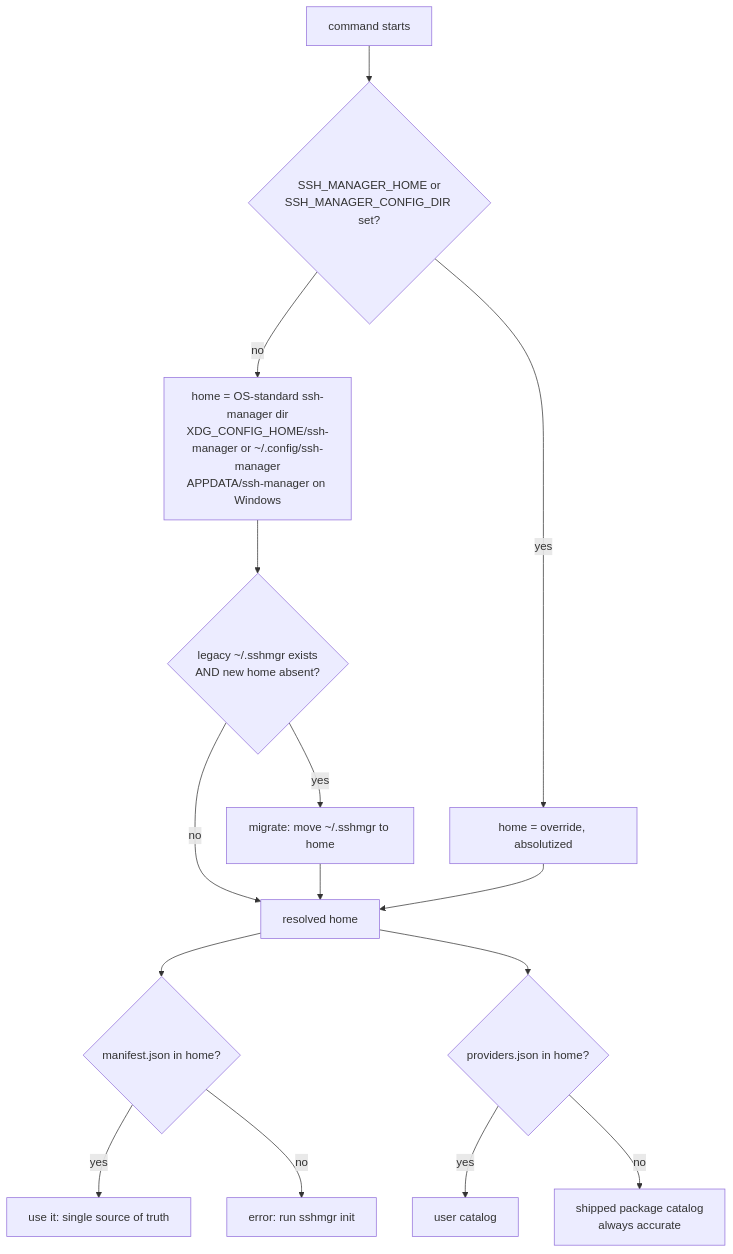
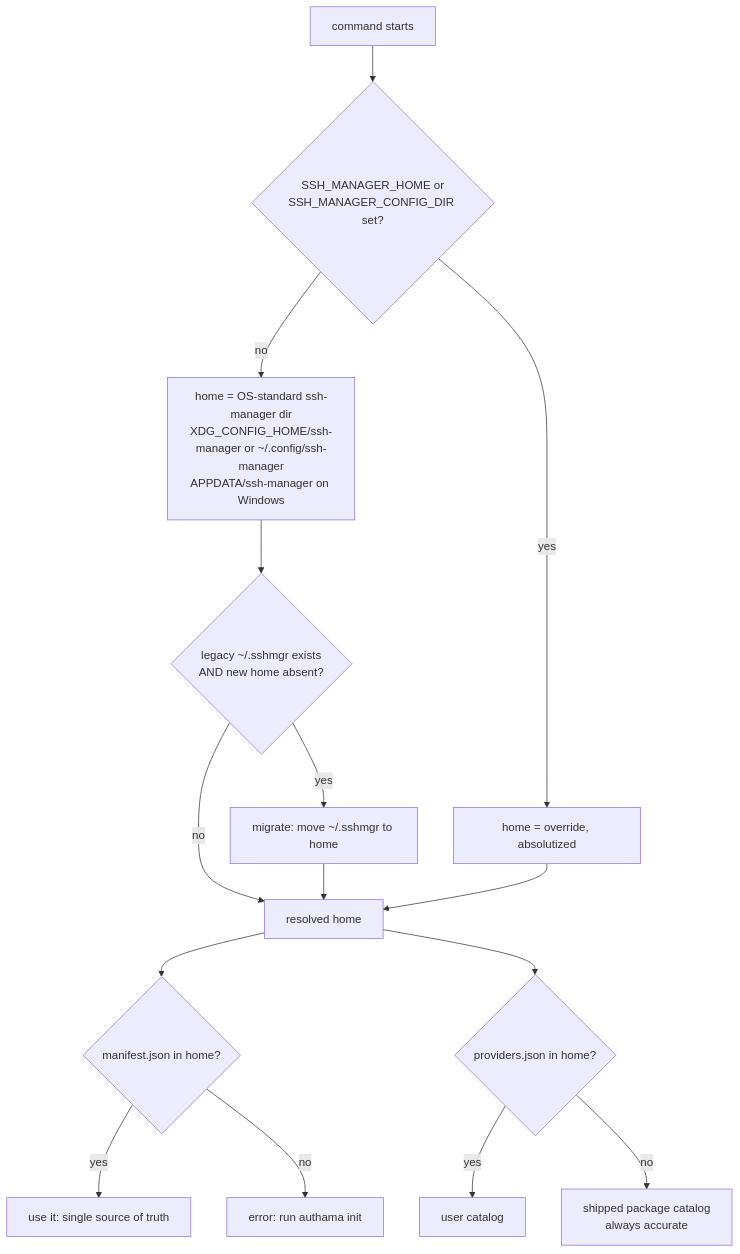
One commit to sangehq/authama changed the second of 6 diagrams in docs/architecture.md. Above: the diagram before and after it, drawn with Mermaid. The commit also changed other lines of this file and 38 other files, not shown here.

````diff
--- a/docs/architecture.md
+++ b/docs/architecture.md
@@ -111,17 +111,17 @@
 ```mermaid
 flowchart TD
     S[command starts] --> O{SSH_MANAGER_HOME or<br/>SSH_MANAGER_CONFIG_DIR set?}
     O -- yes --> OV[home = override, absolutized]
     O -- no --> STD[home = OS-standard ssh-manager dir<br/>XDG_CONFIG_HOME/ssh-manager or ~/.config/ssh-manager<br/>APPDATA/ssh-manager on Windows]
     STD --> MIG{legacy ~/.sshmgr exists<br/>AND new home absent?}
     MIG -- yes --> MOVE[migrate: move ~/.sshmgr to home]
     MIG -- no --> R[resolved home]
     MOVE --> R
     OV --> R
     R --> MANI{manifest.json in home?}
     MANI -- yes --> SRC[use it: single source of truth]
-    MANI -- no --> EI[error: run sshmgr init]
+    MANI -- no --> EI[error: run authama init]
     R --> CAT{providers.json in home?}
     CAT -- yes --> UC[user catalog]
     CAT -- no --> SP[shipped package catalog<br/>always accurate]
 ```
````
